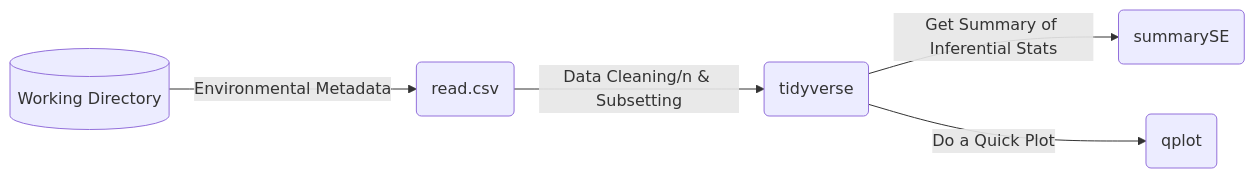
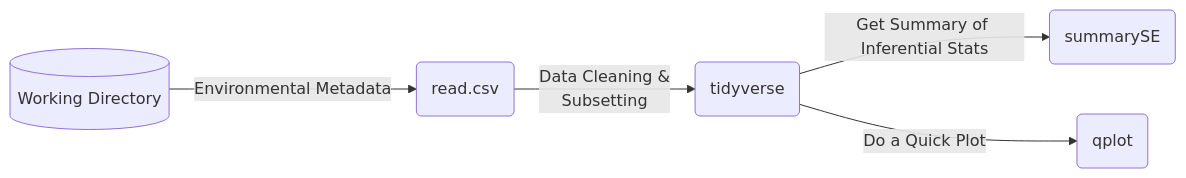
One commit to aptejada/Mermaid-Markdown-Practice-File changed the second of 2 diagrams in README.md. Above: the diagram before and after it, drawn with Mermaid.

````diff
--- a/README.md
+++ b/README.md
@@ -26,8 +26,8 @@
 ```mermaid
 flowchart LR
 id1[(Working Directory)] --> |Environmental Metadata| B(read.csv)
-B --> |Data Cleaning/n & Subsetting| C(tidyverse)
+B --> |Data Cleaning &</br>Subsetting| C(tidyverse)
 C --> |Get Summary of Inferential Stats| D(summarySE)
 C--> |Do a Quick Plot| E(qplot)
 
 ```
````
